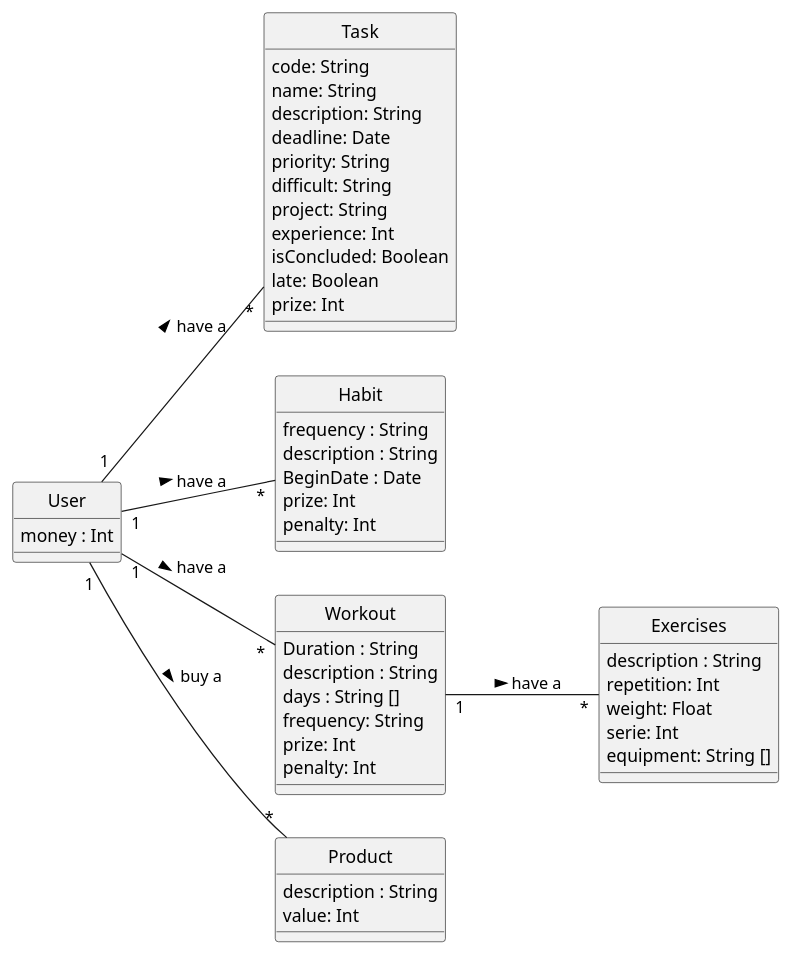
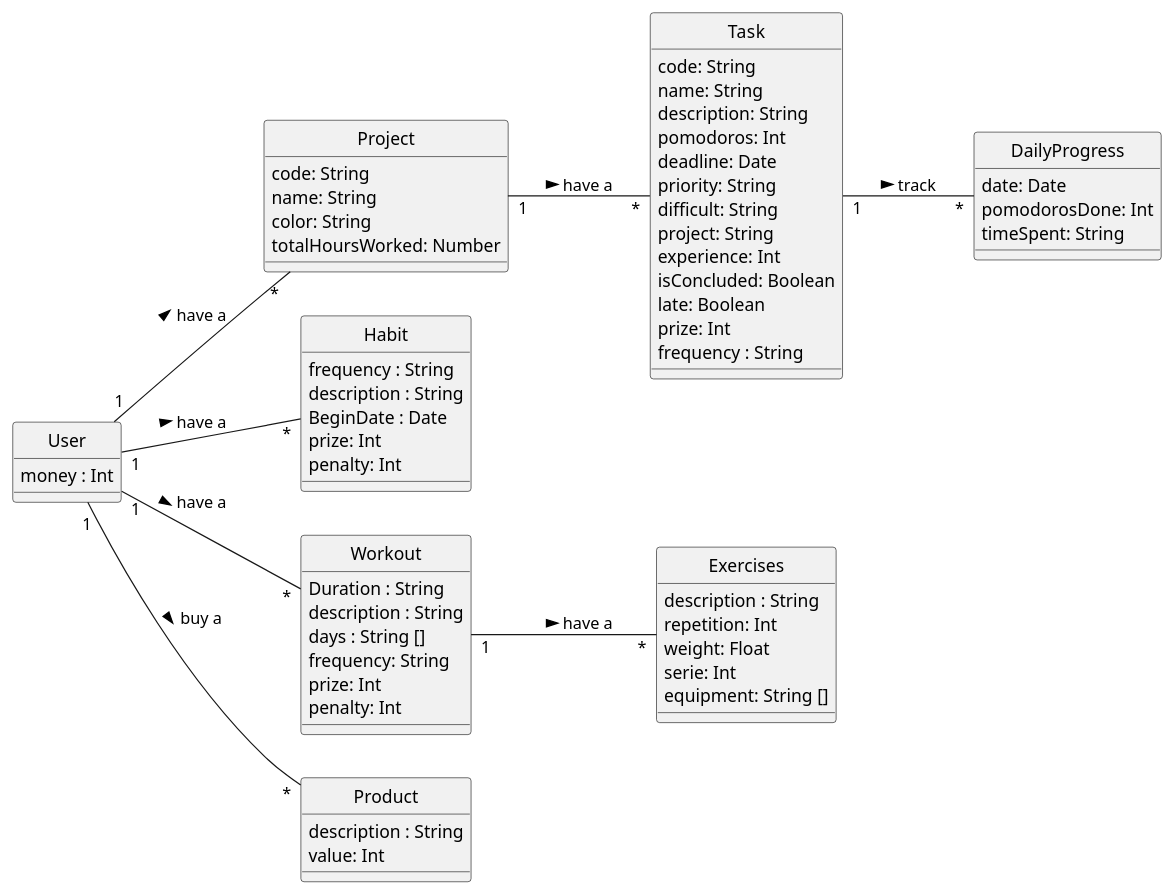
One commit to joao-felipe3/SecondBrain changed the diagram in Project/ClassDiagram.puml. Above: the diagram before and after it, drawn with PlantUML. The commit also changed 6 other files, not shown here.

```diff
--- a/Project/ClassDiagram.puml
+++ b/Project/ClassDiagram.puml
@@ -1,58 +1,75 @@
 @startuml Classes
 skinparam style strictuml
 left to right direction
 
 class Task {
     code: String 
     name: String
     description: String 
+    pomodoros: Int
     deadline: Date
     priority: String 
     difficult: String
     project: String
     experience: Int
     isConcluded: Boolean
     late: Boolean
     prize: Int
+    frequency : String
+}
+
+class Project {
+    code: String 
+    name: String
+    color: String
+    totalHoursWorked: Number
 }
 
 class Habit {
     frequency : String
     description : String
     BeginDate : Date
     prize: Int
     penalty: Int
 }
 
 class User {
     money : Int
 }
 
 class Workout {
     Duration : String
     description : String
     days : String []
     frequency: String
     prize: Int
     penalty: Int
 }
 
 class Exercises {
     description : String
     repetition: Int
     weight: Float
     serie: Int
     equipment: String []
 }
 
 class Product {
     description : String
     value: Int
 }
 
-User "1" -- "*" Task: have a >
+class DailyProgress {
+    date: Date
+    pomodorosDone: Int
+    timeSpent: String
+}
+
+Task "1" -- "*" DailyProgress: track >
+User "1" -- "*" Project: have a >
+Project "1" -- "*" Task: have a >
 User "1" -- "*" Habit: have a >
 User "1" -- "*" Workout: have a >
 Workout "1" -- "*" Exercises: have a >
 User "1" -- "*" Product: buy a >
 @enduml
```
